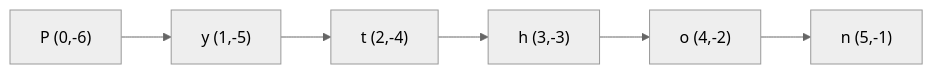
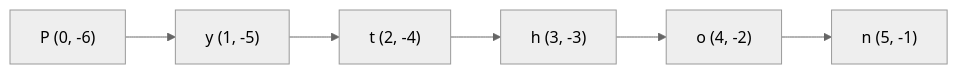
Before and after one commit to ag999git/001-mkdocs: the second of 18 diagrams in docs/17-strings/080-ch17-conceptual-qa.md, drawn with Mermaid (neutral theme). The commit also changed other lines of this file, not shown here.

````diff
--- a/docs/17-strings/080-ch17-conceptual-qa.md
+++ b/docs/17-strings/080-ch17-conceptual-qa.md
@@ -321,13 +651,8 @@
 ```mermaid
 flowchart LR
-
-A["P (0,-6)"] --> B["y (1,-5)"]
-
-B --> C["t (2,-4)"]
-
-C --> D["h (3,-3)"]
-
-D --> E["o (4,-2)"]
-
-E --> F["n (5,-1)"]
+    A["P (0, -6)"] --> B["y (1, -5)"]
+    B --> C["t (2, -4)"]
+    C --> D["h (3, -3)"]
+    D --> E["o (4, -2)"]
+    E --> F["n (5, -1)"]
 ```
````
